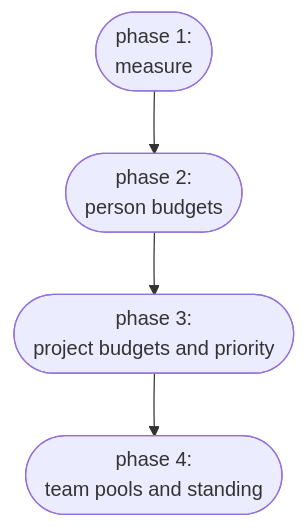
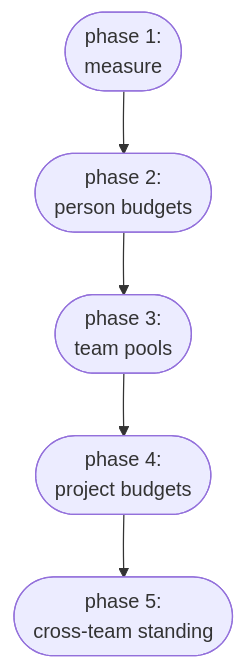
Before and after one commit to stephenwhitmarsh/faircenter: the first of 3 diagrams in STRATEGY.md, drawn with Mermaid. The commit also changed other lines of this file and 16 other files, not shown here.

````diff
--- a/STRATEGY.md
+++ b/STRATEGY.md
@@ -14,7 +14,8 @@
 ```mermaid
 graph TD
 
   p1([phase 1:<br/>measure]) --> p2([phase 2:<br/>person budgets])
-  p2 --> p3([phase 3:<br/>project budgets and priority])
-  p3 --> p4([phase 4:<br/>team pools and standing])
+  p2 --> p3([phase 3:<br/>team pools])
+  p3 --> p4([phase 4:<br/>project budgets])
+  p4 --> p5([phase 5:<br/>cross-team standing])
 ```
````
